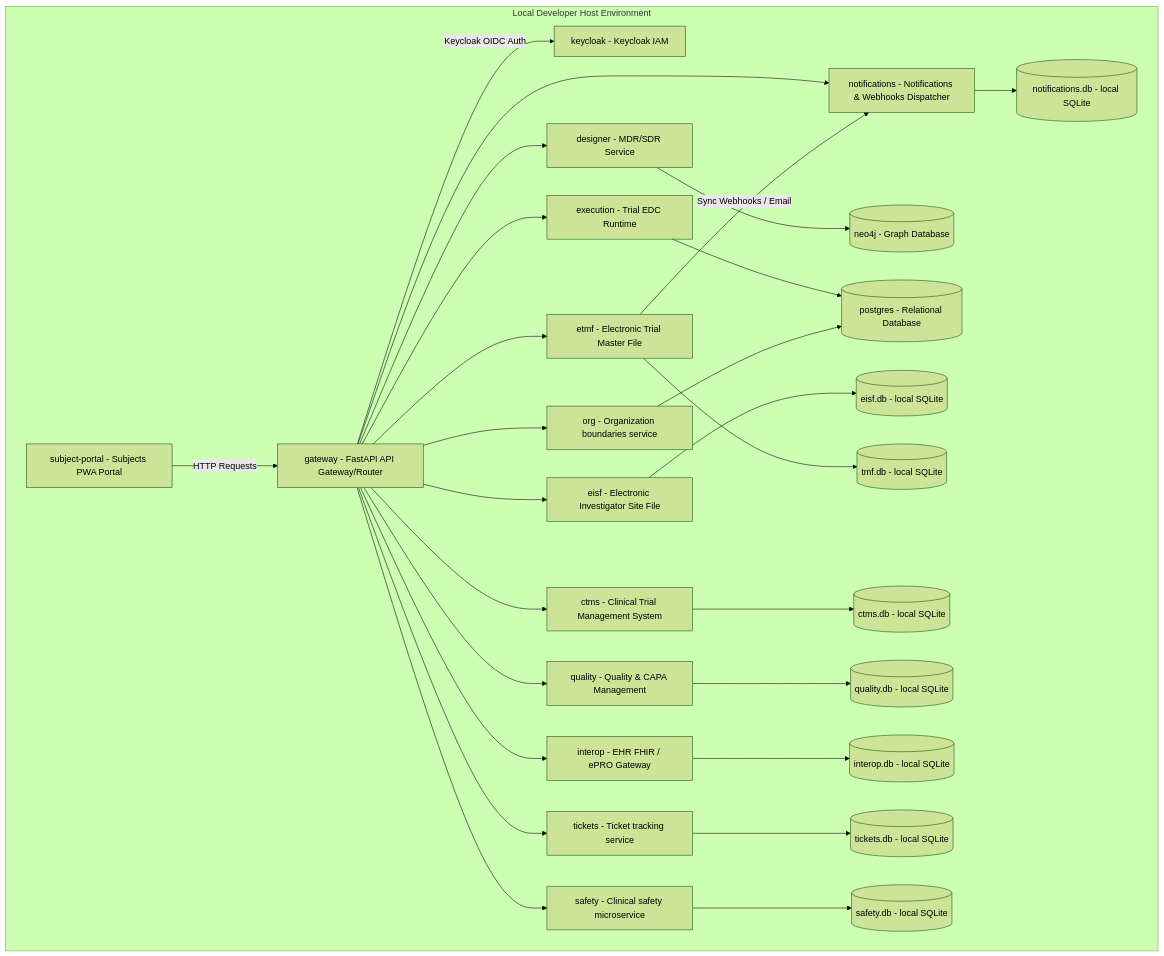
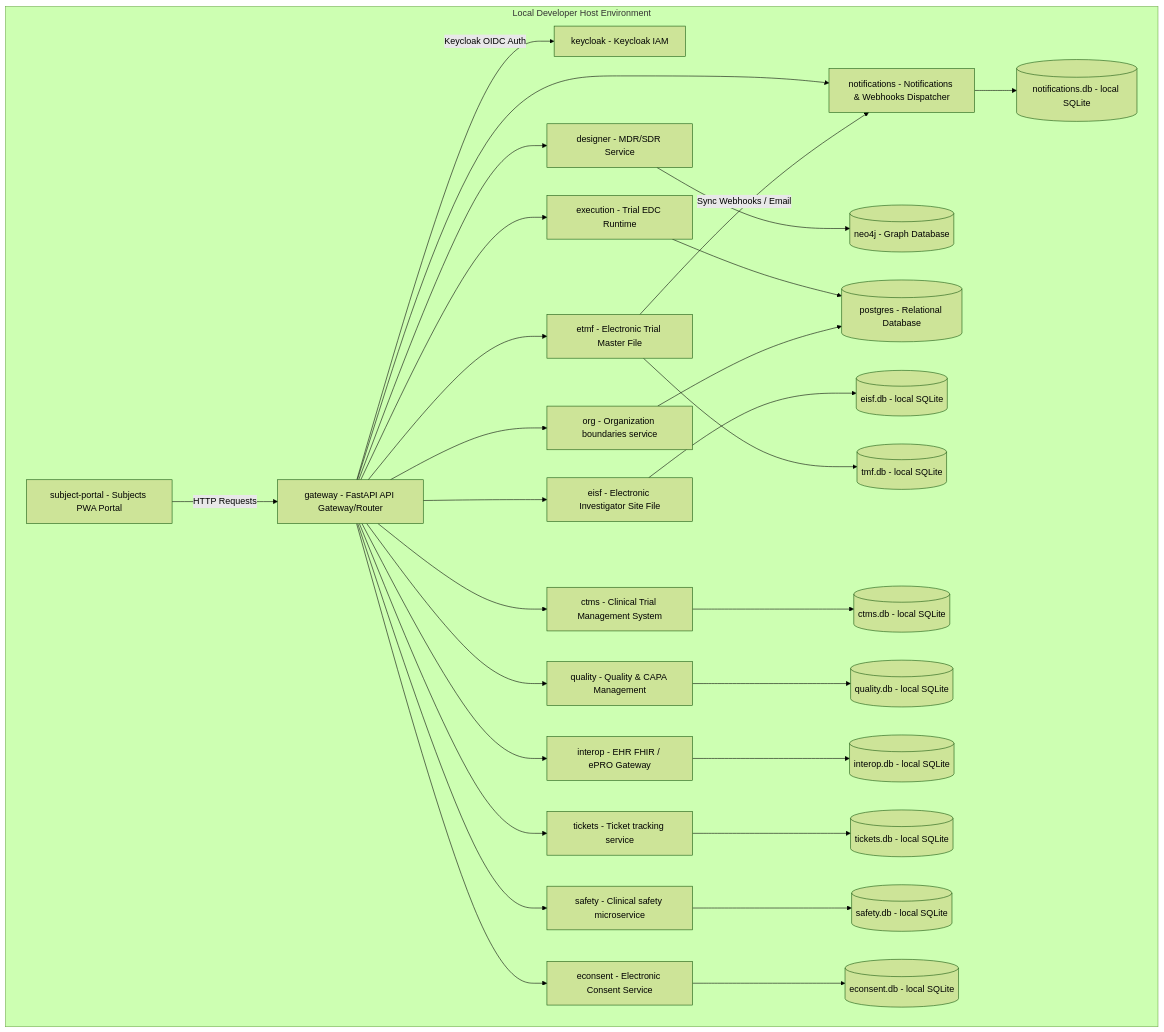
The first of 2 diagrams in ARCHITECTURE.md (fderuiter/cadence-clinical), drawn with Mermaid (forest theme) before and after one commit. The commit also changed 1 other file, not shown here.

Commit message:
docs: resolve architectural documentation drift for econsent service and update local development topology diagrams

````diff
--- a/ARCHITECTURE.md
+++ b/ARCHITECTURE.md
@@ -148,68 +148,72 @@
 ```mermaid
 flowchart TD
     subgraph Local Developer Host Environment
         subject-portal[subject-portal - Subjects PWA Portal]
         gateway[gateway - FastAPI API Gateway/Router]
         keycloak[keycloak - Keycloak IAM]
         designer[designer - MDR/SDR Service]
         execution[execution - Trial EDC Runtime]
         org[org - Organization boundaries service]
         eisf[eisf - Electronic Investigator Site File]
         etmf[etmf - Electronic Trial Master File]
         ctms[ctms - Clinical Trial Management System]
         quality[quality - Quality & CAPA Management]
         interop[interop - EHR FHIR / ePRO Gateway]
         tickets[tickets - Ticket tracking service]
         safety[safety - Clinical safety microservice]
         notifications[notifications - Notifications & Webhooks Dispatcher]
+        econsent[econsent - Electronic Consent Service]
 
         %% Databases
         postgres[(postgres - Relational Database)]
         neo4j[(neo4j - Graph Database)]
 
         %% SQLite file boundaries
         sqlite_eisf[(eisf.db - local SQLite)]
         sqlite_etmf[(tmf.db - local SQLite)]
         sqlite_ctms[(ctms.db - local SQLite)]
         sqlite_quality[(quality.db - local SQLite)]
         sqlite_interop[(interop.db - local SQLite)]
         sqlite_tickets[(tickets.db - local SQLite)]
         sqlite_safety[(safety.db - local SQLite)]
         sqlite_notifications[(notifications.db - local SQLite)]
+        sqlite_econsent[(econsent.db - local SQLite)]
     end
 
     %% Routing Flow
     subject-portal -->|HTTP Requests| gateway
     gateway -->|Keycloak OIDC Auth| keycloak
 
     %% API Routing
     gateway --> designer
     gateway --> execution
     gateway --> org
     gateway --> eisf
     gateway --> etmf
     gateway --> ctms
     gateway --> quality
     gateway --> interop
     gateway --> tickets
     gateway --> safety
     gateway --> notifications
+    gateway --> econsent
 
     %% Shared storage connections
     designer --> neo4j
     execution --> postgres
     org --> postgres
 
     %% Individual SQLite files
     eisf --> sqlite_eisf
     etmf --> sqlite_etmf
     ctms --> sqlite_ctms
     quality --> sqlite_quality
     interop --> sqlite_interop
     tickets --> sqlite_tickets
     safety --> sqlite_safety
     notifications --> sqlite_notifications
+    econsent --> sqlite_econsent
 
     %% Inter-service events
     etmf -->|Sync Webhooks / Email| notifications
 ```
````
